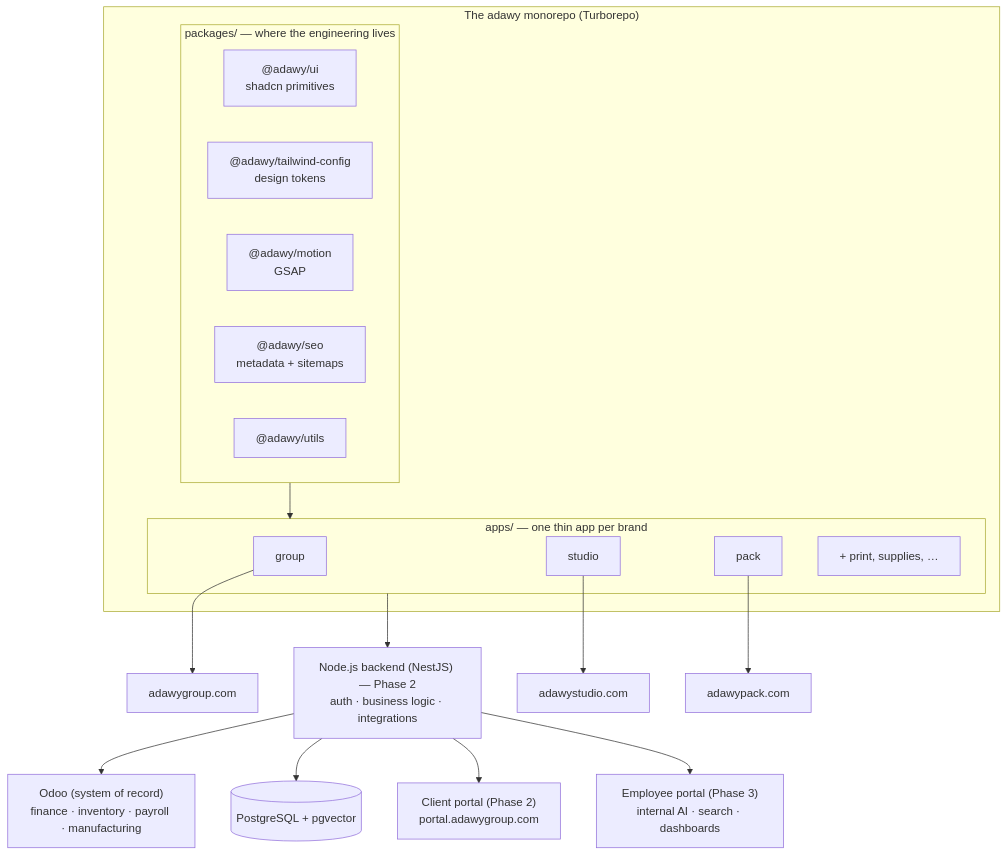
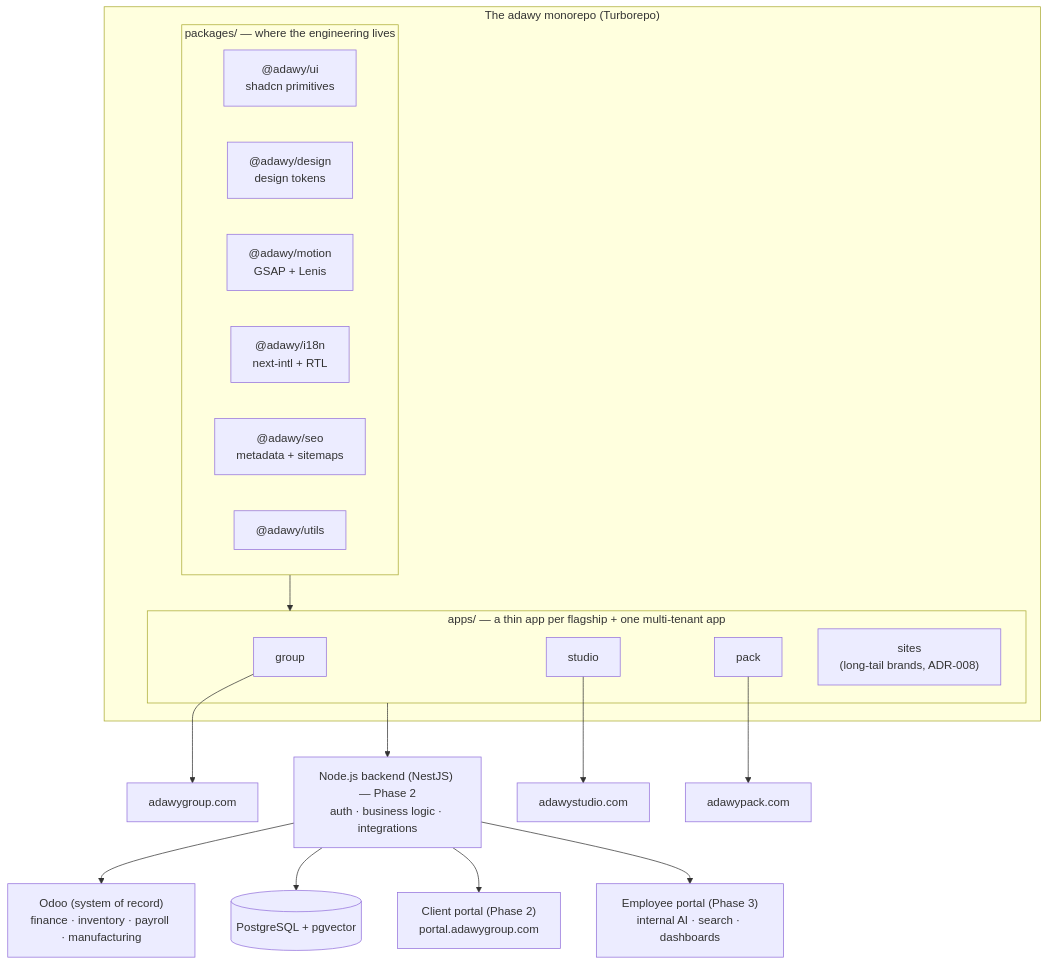
The diagram in content/architecture/index.mdx (Adawy-Group/adawy-technical-docs), drawn with Mermaid before and after one commit. The commit also changed other lines of this file and 10 other files, not shown here.

````diff
--- a/content/architecture/index.mdx
+++ b/content/architecture/index.mdx
@@ -12,27 +12,28 @@
 ```mermaid
 flowchart TD
     subgraph MONO["The adawy monorepo (Turborepo)"]
         subgraph PKGS["packages/ — where the engineering lives"]
             UI["@adawy/ui\nshadcn primitives"]
-            TW["@adawy/tailwind-config\ndesign tokens"]
-            MO["@adawy/motion\nGSAP"]
+            TW["@adawy/design\ndesign tokens"]
+            MO["@adawy/motion\nGSAP + Lenis"]
+            IN["@adawy/i18n\nnext-intl + RTL"]
             SEOP["@adawy/seo\nmetadata + sitemaps"]
             UT["@adawy/utils"]
         end
-        subgraph APPS["apps/ — one thin app per brand"]
+        subgraph APPS["apps/ — a thin app per flagship + one multi-tenant app"]
             G["group"]
             S["studio"]
             P["pack"]
-            N["+ print, supplies, …"]
+            N["sites\n(long-tail brands, ADR-008)"]
         end
         PKGS --> APPS
     end
     G --> DG["adawygroup.com"]
     S --> DS["adawystudio.com"]
     P --> DP["adawypack.com"]
     APPS --> BE["Node.js backend (NestJS) — Phase 2\nauth · business logic · integrations"]
     BE --> ODOO["Odoo (system of record)\nfinance · inventory · payroll · manufacturing"]
     BE --> DB[("PostgreSQL + pgvector")]
     BE --> PORTAL["Client portal (Phase 2)\nportal.adawygroup.com"]
     BE --> EMP["Employee portal (Phase 3)\ninternal AI · search · dashboards"]
 ```
````
